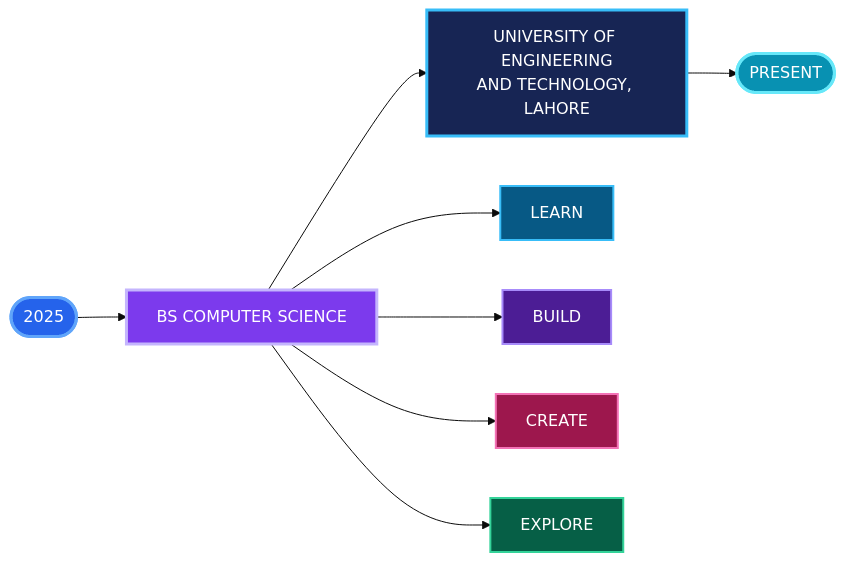
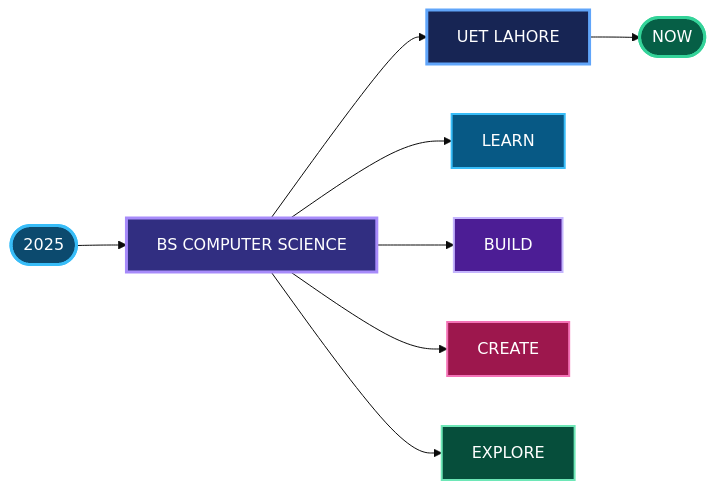
Before and after one commit to alebaqinduni/alebaqinduni: the third of 3 diagrams in README.md, drawn with Mermaid (base theme). The commit also changed other lines of this file, not shown here.

````diff
--- a/README.md
+++ b/README.md
@@ -185,18 +127,16 @@
 ```mermaid
 flowchart LR
-    A([2025]):::year --> B[BS COMPUTER SCIENCE]:::degree
-    B --> C[UNIVERSITY OF ENGINEERING<br/>AND TECHNOLOGY, LAHORE]:::university
-    C --> D([PRESENT]):::present
-    B --> E[LEARN]:::learn
-    B --> F[BUILD]:::build
-    B --> G[CREATE]:::create
-    B --> H[EXPLORE]:::explore
-    classDef year fill:#2563EB,stroke:#60A5FA,color:#fff,stroke-width:3px;
-    classDef degree fill:#7C3AED,stroke:#C4B5FD,color:#fff,stroke-width:3px;
-    classDef university fill:#172554,stroke:#38BDF8,color:#fff,stroke-width:3px;
-    classDef present fill:#0891B2,stroke:#67E8F9,color:#fff,stroke-width:3px;
+    Y([2025]):::year --> D[BS COMPUTER SCIENCE]:::degree --> U[UET LAHORE]:::uni --> N([NOW]):::now
+    D --> L[LEARN]:::learn
+    D --> B[BUILD]:::build
+    D --> C[CREATE]:::create
+    D --> E[EXPLORE]:::explore
+    classDef year fill:#0C4A6E,stroke:#38BDF8,color:#fff,stroke-width:3px;
+    classDef degree fill:#312E81,stroke:#A78BFA,color:#fff,stroke-width:3px;
+    classDef uni fill:#172554,stroke:#60A5FA,color:#fff,stroke-width:3px;
+    classDef now fill:#065F46,stroke:#34D399,color:#fff,stroke-width:3px;
     classDef learn fill:#075985,stroke:#38BDF8,color:#fff,stroke-width:2px;
-    classDef build fill:#4C1D95,stroke:#A78BFA,color:#fff,stroke-width:2px;
+    classDef build fill:#4C1D95,stroke:#C4B5FD,color:#fff,stroke-width:2px;
     classDef create fill:#9D174D,stroke:#F472B6,color:#fff,stroke-width:2px;
-    classDef explore fill:#065F46,stroke:#34D399,color:#fff,stroke-width:2px;
+    classDef explore fill:#064E3B,stroke:#6EE7B7,color:#fff,stroke-width:2px;
 ```
````
